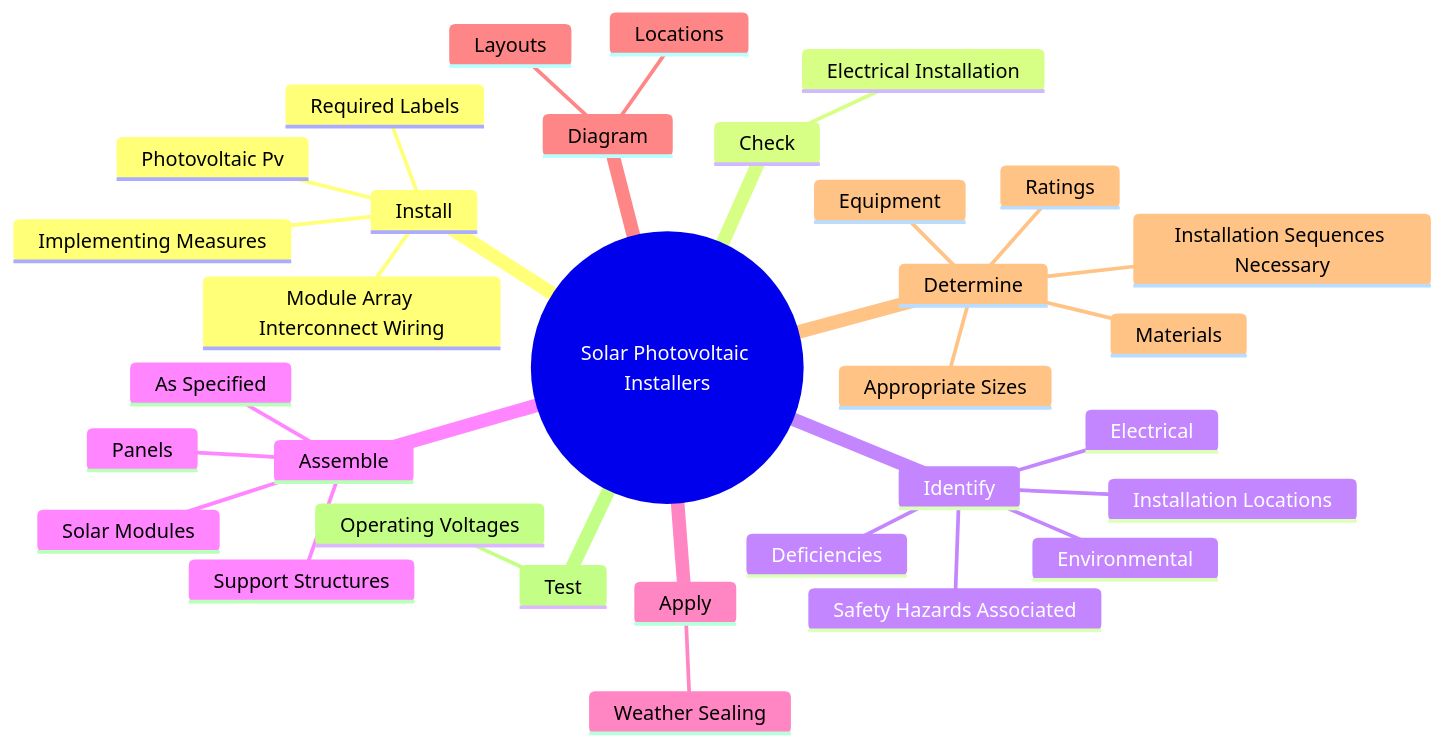
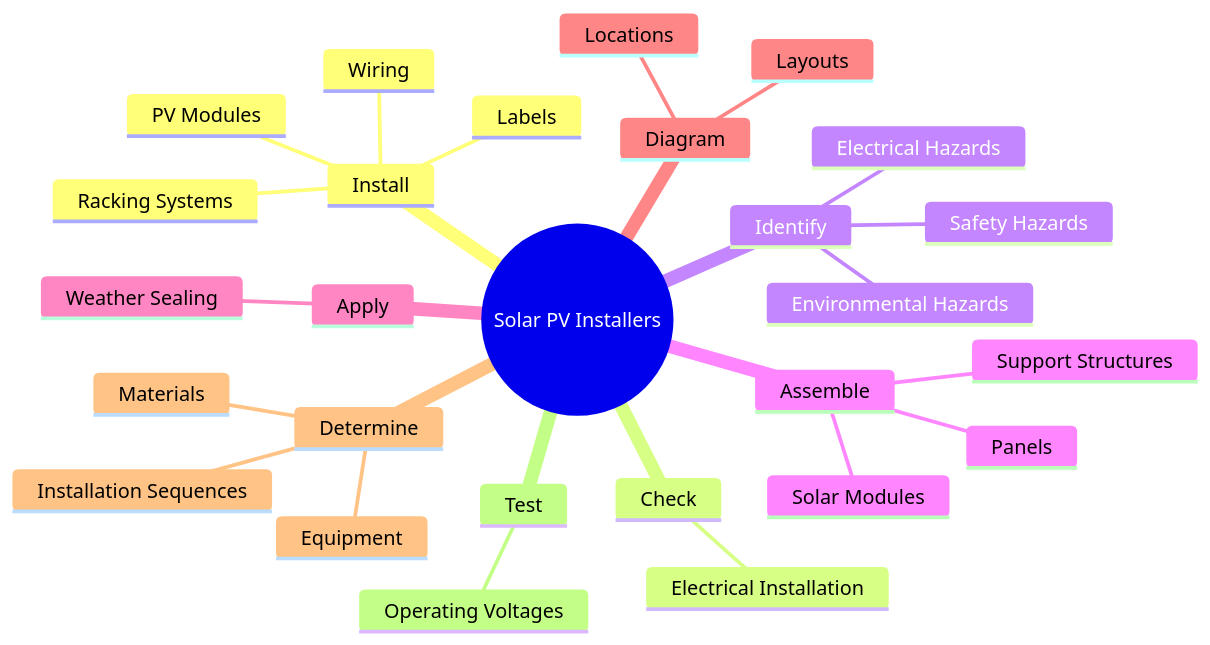
One commit to kziemski/business.org.ai changed the second of 4 diagrams in occupations/Construction/SolarPhotovoltaicInstallers.mdx. Above: the diagram before and after it, drawn with Mermaid. The commit also changed other lines of this file and 938 other files, not shown here.

````diff
--- a/occupations/Construction/SolarPhotovoltaicInstallers.mdx
+++ b/occupations/Construction/SolarPhotovoltaicInstallers.mdx
@@ -37,35 +46,30 @@
 ```mermaid
 mindmap
-    root(("Solar Photovoltaic Installers"))
+    root(("Solar PV Installers"))
         Install
-            Photovoltaic Pv
-            Module Array Interconnect Wiring
-            Implementing Measures
-            Required Labels
+            PV Modules
+            Racking Systems
+            Wiring
+            Labels
         Check
             Electrical Installation
         Identify
-            Electrical
-            Environmental
-            Safety Hazards Associated
-            Installation Locations
-            Deficiencies
+            Electrical Hazards
+            Environmental Hazards
+            Safety Hazards
         Assemble
             Solar Modules
             Panels
             Support Structures
-            As Specified
         Apply
             Weather Sealing
         Diagram
             Layouts
             Locations
         Determine
             Materials
             Equipment
-            Installation Sequences Necessary
-            Appropriate Sizes
-            Ratings
+            Installation Sequences
         Test
             Operating Voltages
 ```
````
